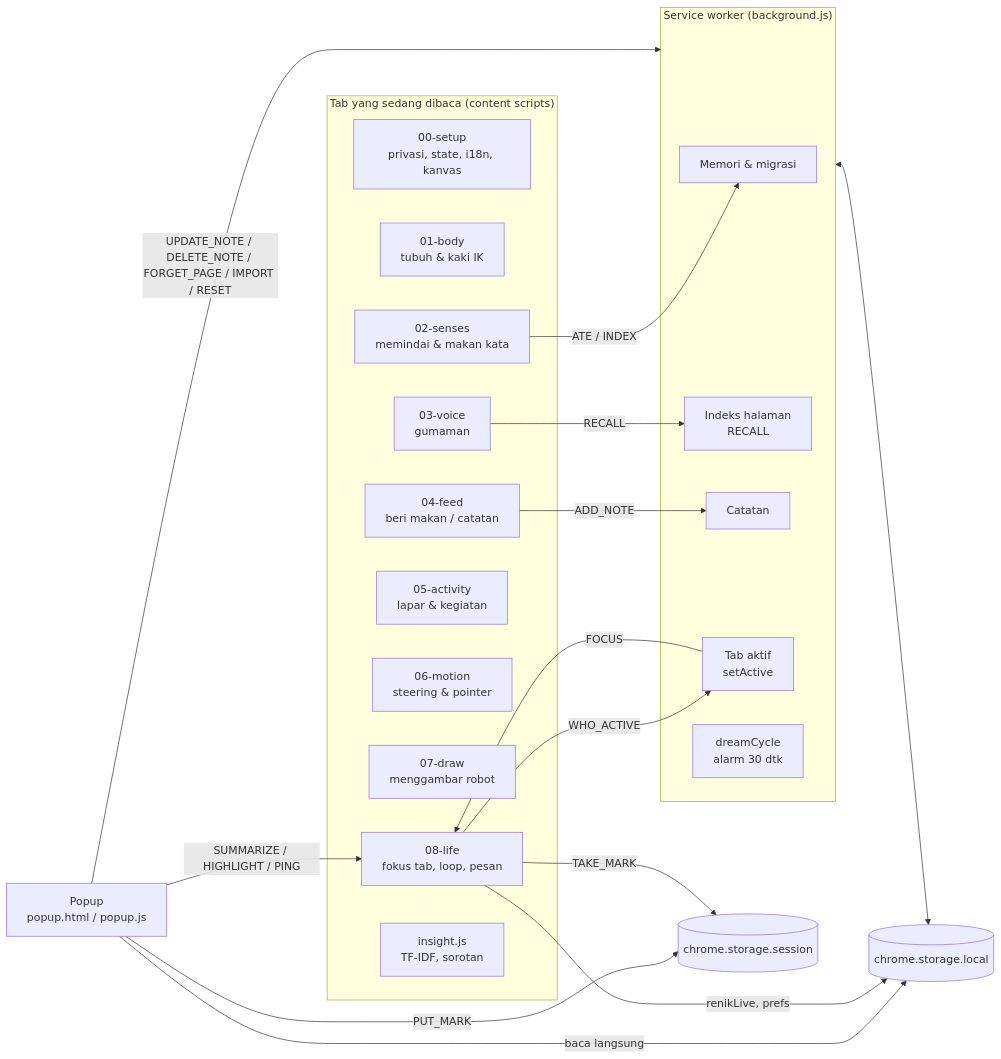
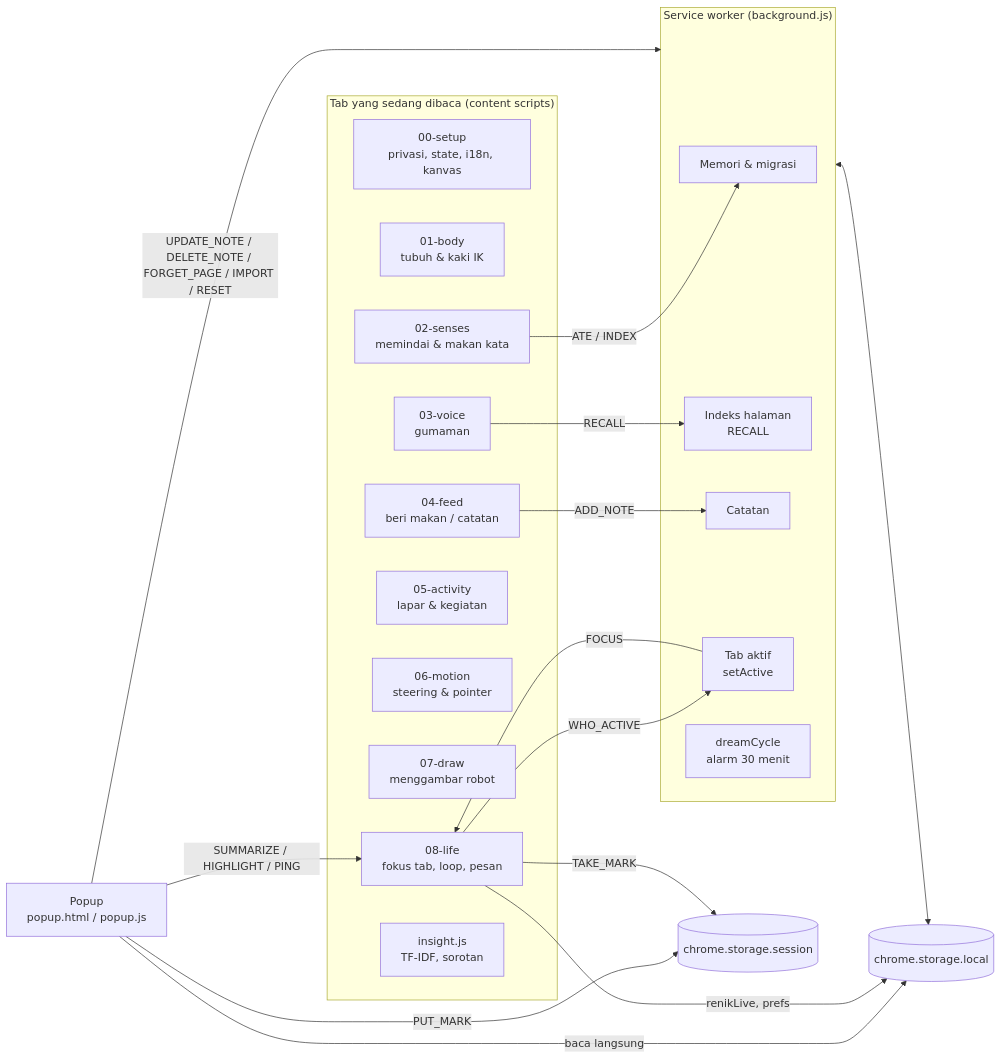
One commit to zeevolker/lexarach changed the diagram in docs/ARCHITECTURE.md. Above: the diagram before and after it, drawn with Mermaid. The commit also changed other lines of this file and 28 other files, not shown here.

````diff
--- a/docs/ARCHITECTURE.md
+++ b/docs/ARCHITECTURE.md
@@ -6,38 +6,38 @@
 ```mermaid
 flowchart LR
   subgraph Tab["Tab yang sedang dibaca (content scripts)"]
     S[00-setup<br/>privasi, state, i18n, kanvas]
     B[01-body<br/>tubuh & kaki IK]
     SE[02-senses<br/>memindai & makan kata]
     V[03-voice<br/>gumaman]
     F[04-feed<br/>beri makan / catatan]
     A[05-activity<br/>lapar & kegiatan]
     M[06-motion<br/>steering & pointer]
     D[07-draw<br/>menggambar robot]
     L[08-life<br/>fokus tab, loop, pesan]
     I[insight.js<br/>TF-IDF, sorotan]
   end
   subgraph SW["Service worker (background.js)"]
     MEM[Memori & migrasi]
     IDX[Indeks halaman<br/>RECALL]
     NOTE[Catatan]
     ACT[Tab aktif<br/>setActive]
-    DR[dreamCycle<br/>alarm 30 dtk]
+    DR[dreamCycle<br/>alarm 30 menit]
   end
   P[Popup<br/>popup.html / popup.js]
   ST[(chrome.storage.local)]
   SS[(chrome.storage.session)]
 
   SE -- ATE / INDEX --> MEM
   F -- ADD_NOTE --> NOTE
   L -- WHO_ACTIVE --> ACT
   ACT -- FOCUS --> L
   V -- RECALL --> IDX
   P -- SUMMARIZE / HIGHLIGHT / PING --> L
   P -- UPDATE_NOTE / DELETE_NOTE / FORGET_PAGE / IMPORT / RESET --> SW
   P -- PUT_MARK --> SS
   L -- TAKE_MARK --> SS
   SW <--> ST
   P -- baca langsung --> ST
   L -- renikLive, prefs --> ST
 ```
````
